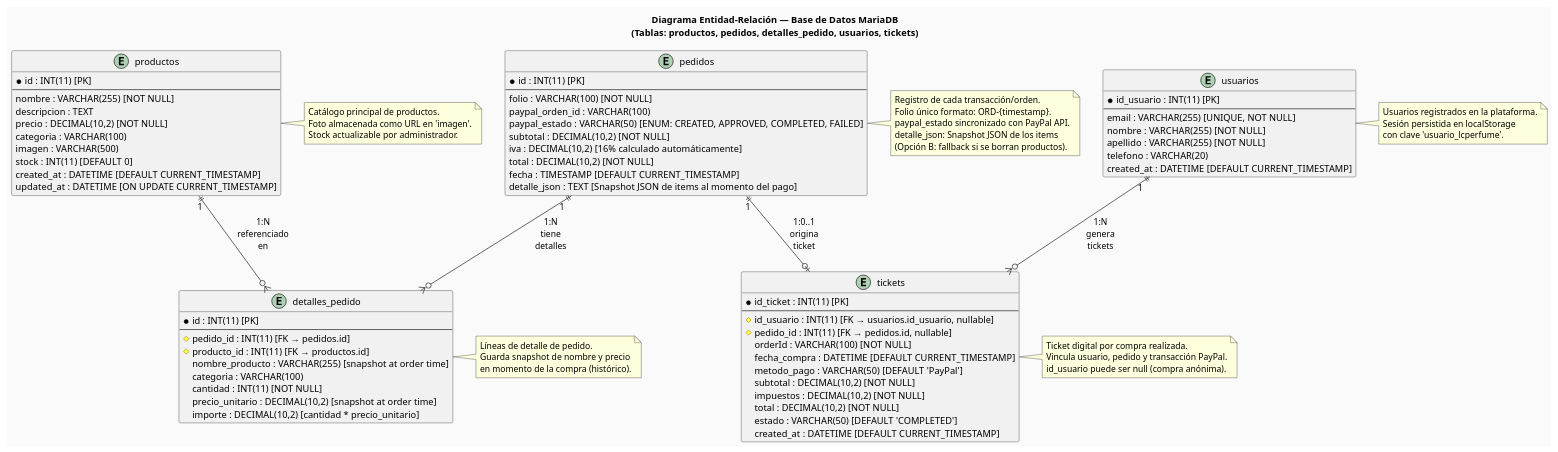
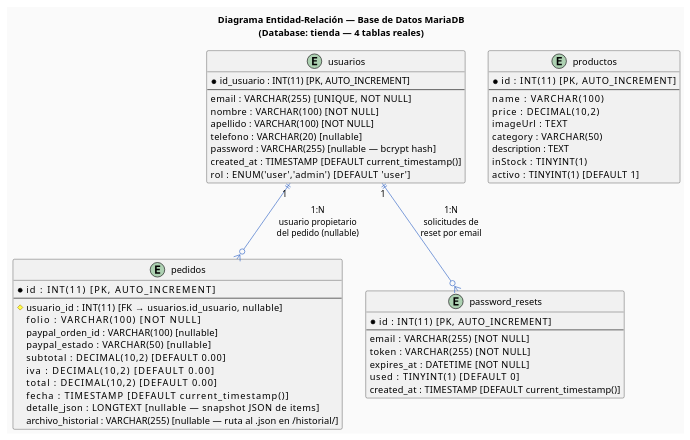
The diagram in diagramas/B_DiagramaER.puml (CristianINP/LaCasaDelPerfume), drawn with PlantUML before and after one commit. The commit also changed 10 other files, not shown here.

First line of the commit message:
feat: actualizar diagramas y fix tsconfig rootDir

```diff
--- a/diagramas/B_DiagramaER.puml
+++ b/diagramas/B_DiagramaER.puml
@@ -1,116 +1,68 @@
 @startuml
-title Diagrama Entidad-Relación — Base de Datos MariaDB\n(Tablas: productos, pedidos, detalles_pedido, usuarios, tickets)
+title Diagrama Entidad-Relación — Base de Datos MariaDB\n(Database: tienda — 4 tablas reales)
 
 top to bottom direction
 
 skinparam entity {
   BackgroundColor #EEF4FF
   BorderColor #3A6BC9
   FontColor #1A1A2E
-  ArrowColor #3A6BC9
+}
+skinparam ArrowColor #3A6BC9
+skinparam backgroundColor #FAFAFA
+
+entity "usuarios" as USR {
+  * id_usuario : INT(11) [PK, AUTO_INCREMENT]
+  --
+  email      : VARCHAR(255) [UNIQUE, NOT NULL]
+  nombre     : VARCHAR(100) [NOT NULL]
+  apellido   : VARCHAR(100) [NOT NULL]
+  telefono   : VARCHAR(20)  [nullable]
+  password   : VARCHAR(255) [nullable — bcrypt hash]
+  created_at : TIMESTAMP    [DEFAULT current_timestamp()]
+  rol        : ENUM('user','admin') [DEFAULT 'user']
 }
 
-skinparam backgroundColor #FAFAFA
-
 entity "productos" as PROD {
-  * id : INT(11) [PK]
+  * id          : INT(11) [PK, AUTO_INCREMENT]
   --
-  nombre : VARCHAR(255) [NOT NULL]
-  descripcion : TEXT
-  precio : DECIMAL(10,2) [NOT NULL]
-  categoria : VARCHAR(100)
-  imagen : VARCHAR(500)
-  stock : INT(11) [DEFAULT 0]
-  created_at : DATETIME [DEFAULT CURRENT_TIMESTAMP]
-  updated_at : DATETIME [ON UPDATE CURRENT_TIMESTAMP]
+  name        : VARCHAR(100)
+  price       : DECIMAL(10,2)
+  imageUrl    : TEXT
+  category    : VARCHAR(50)
+  description : TEXT
+  inStock     : TINYINT(1)
+  activo      : TINYINT(1) [DEFAULT 1]
 }
 
 entity "pedidos" as PED {
-  * id : INT(11) [PK]
+  * id                : INT(11) [PK, AUTO_INCREMENT]
   --
-  folio : VARCHAR(100) [NOT NULL]
-  paypal_orden_id : VARCHAR(100)
-  paypal_estado : VARCHAR(50) [ENUM: CREATED, APPROVED, COMPLETED, FAILED]
-  subtotal : DECIMAL(10,2) [NOT NULL]
-  iva : DECIMAL(10,2) [16% calculado automáticamente]
-  total : DECIMAL(10,2) [NOT NULL]
-  fecha : TIMESTAMP [DEFAULT CURRENT_TIMESTAMP]
-  detalle_json : TEXT [Snapshot JSON de items al momento del pago]
+  # usuario_id        : INT(11) [FK → usuarios.id_usuario, nullable]
+  folio              : VARCHAR(100) [NOT NULL]
+  paypal_orden_id    : VARCHAR(100) [nullable]
+  paypal_estado      : VARCHAR(50)  [nullable]
+  subtotal           : DECIMAL(10,2) [DEFAULT 0.00]
+  iva                : DECIMAL(10,2) [DEFAULT 0.00]
+  total              : DECIMAL(10,2) [DEFAULT 0.00]
+  fecha              : TIMESTAMP     [DEFAULT current_timestamp()]
+  detalle_json       : LONGTEXT      [nullable — snapshot JSON de items]
+  archivo_historial  : VARCHAR(255)  [nullable — ruta al .json en /historial/]
 }
 
-entity "detalles_pedido" as DET {
-  * id : INT(11) [PK]
+entity "password_resets" as PWR {
+  * id         : INT(11) [PK, AUTO_INCREMENT]
   --
-  # pedido_id : INT(11) [FK → pedidos.id]
-  # producto_id : INT(11) [FK → productos.id]
-  nombre_producto : VARCHAR(255) [snapshot at order time]
-  categoria : VARCHAR(100)
-  cantidad : INT(11) [NOT NULL]
-  precio_unitario : DECIMAL(10,2) [snapshot at order time]
-  importe : DECIMAL(10,2) [cantidad * precio_unitario]
+  email      : VARCHAR(255) [NOT NULL]
+  token      : VARCHAR(255) [NOT NULL]
+  expires_at : DATETIME     [NOT NULL]
+  used       : TINYINT(1)   [DEFAULT 0]
+  created_at : TIMESTAMP    [DEFAULT current_timestamp()]
 }
 
-entity "usuarios" as USR {
-  * id_usuario : INT(11) [PK]
-  --
-  email : VARCHAR(255) [UNIQUE, NOT NULL]
-  nombre : VARCHAR(255) [NOT NULL]
-  apellido : VARCHAR(255) [NOT NULL]
-  telefono : VARCHAR(20)
-  created_at : DATETIME [DEFAULT CURRENT_TIMESTAMP]
-}
+' ── Relaciones ───────────────────────────────
+USR "1" ||--o{ PED : "1:N\nusuario propietario\ndel pedido (nullable)"
+USR "1" ||--o{ PWR : "1:N\nsolicitudes de\nreset por email"
 
-entity "tickets" as TKT {
-  * id_ticket : INT(11) [PK]
-  --
-  # id_usuario : INT(11) [FK → usuarios.id_usuario, nullable]
-  # pedido_id : INT(11) [FK → pedidos.id, nullable]
-  orderId : VARCHAR(100) [NOT NULL]
-  fecha_compra : DATETIME [DEFAULT CURRENT_TIMESTAMP]
-  metodo_pago : VARCHAR(50) [DEFAULT 'PayPal']
-  subtotal : DECIMAL(10,2) [NOT NULL]
-  impuestos : DECIMAL(10,2) [NOT NULL]
-  total : DECIMAL(10,2) [NOT NULL]
-  estado : VARCHAR(50) [DEFAULT 'COMPLETED']
-  created_at : DATETIME [DEFAULT CURRENT_TIMESTAMP]
-}
-
-' Relaciones
-PED "1" ||--o{ DET : "1:N\ntiene\ndetalles"
-PROD "1" ||--o{ DET : "1:N\nreferenciado\nen"
-USR "1" ||--o{ TKT : "1:N\ngenera\ntickets"
-PED "1" ||--o| TKT : "1:0..1\norigina\nticket"
-
-note right of PROD
-  Catálogo principal de productos.
-  Foto almacenada como URL en 'imagen'.
-  Stock actualizable por administrador.
-end note
-
-note right of PED
-  Registro de cada transacción/orden.
-  Folio único formato: ORD-{timestamp}.
-  paypal_estado sincronizado con PayPal API.
-  detalle_json: Snapshot JSON de los items
-  (Opción B: fallback si se borran productos).
-end note
-
-note right of DET
-  Líneas de detalle de pedido.
-  Guarda snapshot de nombre y precio
-  en momento de la compra (histórico).
-end note
-
-note right of USR
-  Usuarios registrados en la plataforma.
-  Sesión persistida en localStorage
-  con clave 'usuario_lcperfume'.
-end note
-
-note right of TKT
-  Ticket digital por compra realizada.
-  Vincula usuario, pedido y transacción PayPal.
-  id_usuario puede ser null (compra anónima).
-end note
 
 @enduml
```
